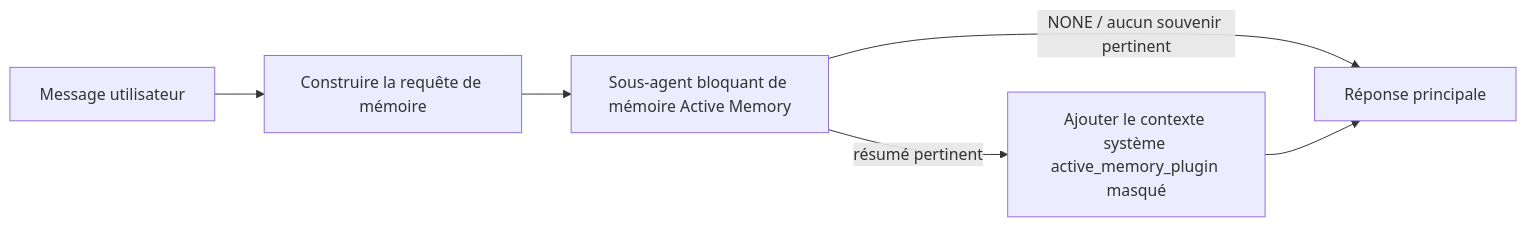
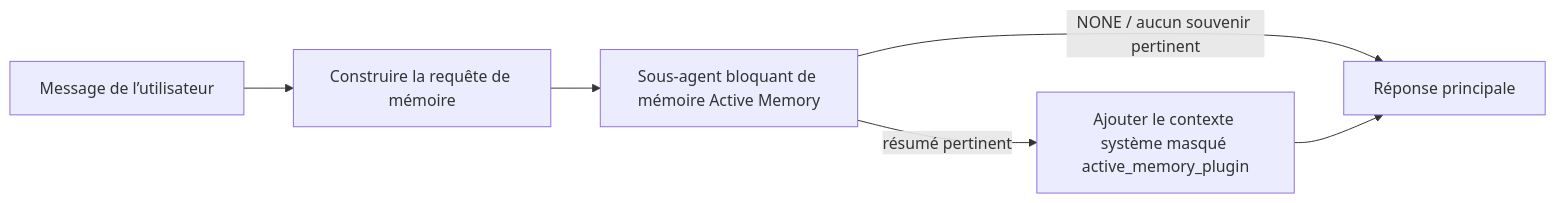
One commit to openclaw/docs changed the diagram in docs/fr/concepts/active-memory.md. Above: the diagram before and after it, drawn with Mermaid. The commit also changed other lines of this file and 6121 other files, not shown here.

````diff
--- a/docs/fr/concepts/active-memory.md
+++ b/docs/fr/concepts/active-memory.md
@@ -85,8 +84,8 @@
 ```mermaid
 flowchart LR
-  U["Message utilisateur"] --> Q["Construire la requête de mémoire"]
+  U["Message de l’utilisateur"] --> Q["Construire la requête de mémoire"]
   Q --> R["Sous-agent bloquant de mémoire Active Memory"]
   R -->|NONE / aucun souvenir pertinent| M["Réponse principale"]
-  R -->|résumé pertinent| I["Ajouter le contexte système active_memory_plugin masqué"]
+  R -->|résumé pertinent| I["Ajouter le contexte système masqué active_memory_plugin"]
   I --> M["Réponse principale"]
 ```
````
